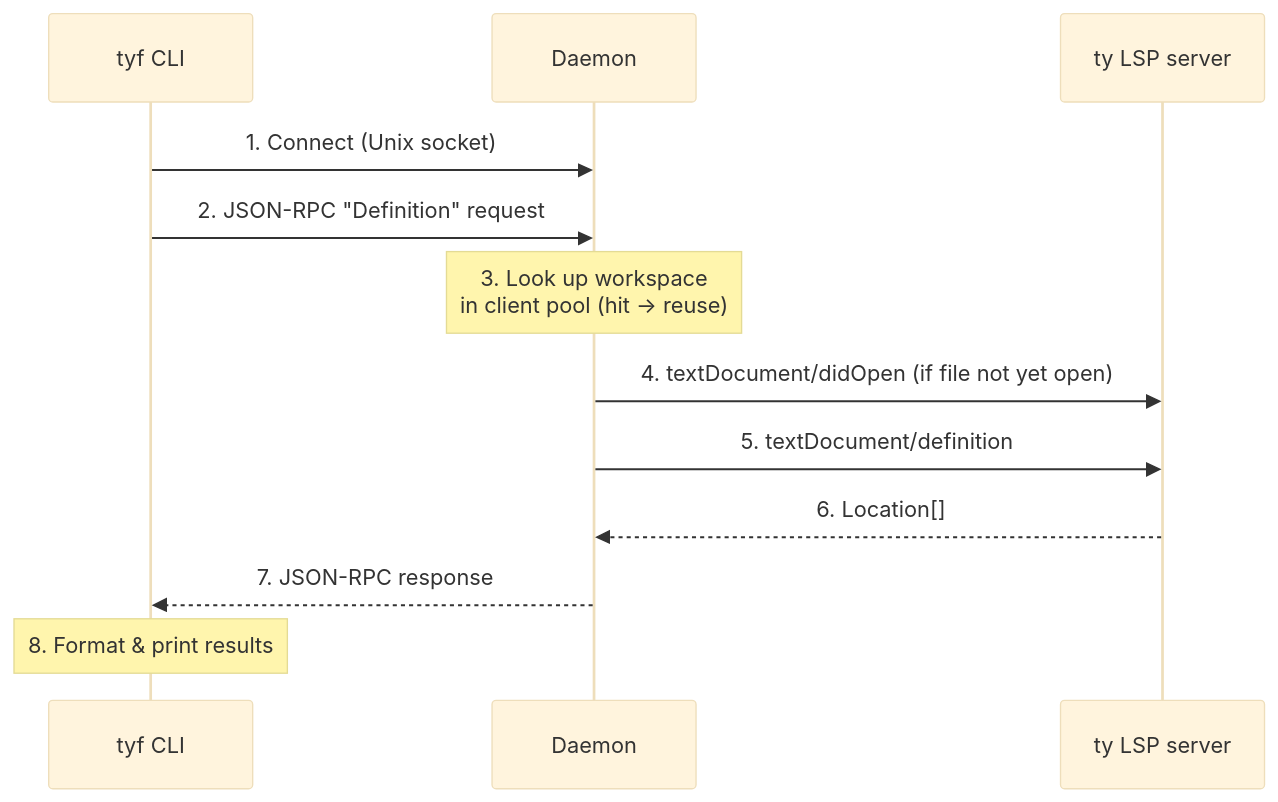
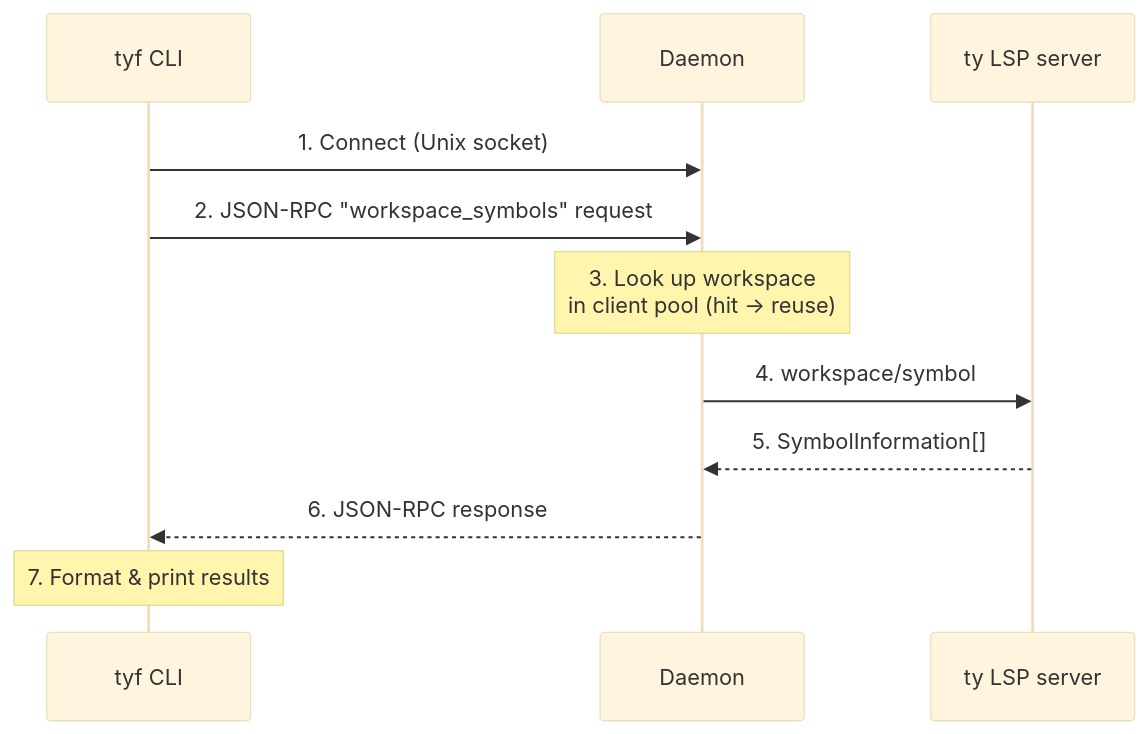
Before and after one commit to mojzis/ty-find: the second of 12 diagrams in docs/src/how-it-works.md, drawn with Mermaid (base theme). The commit also changed other lines of this file and 2 other files, not shown here.

````diff
--- a/docs/src/how-it-works.md
+++ b/docs/src/how-it-works.md
@@ -52,19 +52,18 @@
 ```mermaid
 sequenceDiagram
     participant CLI as tyf CLI
     participant D as Daemon
     participant LSP as ty LSP server
 
     CLI->>D: 1. Connect (Unix socket)
-    CLI->>D: 2. JSON-RPC "Definition" request
+    CLI->>D: 2. JSON-RPC "workspace_symbols" request
 
     Note over D: 3. Look up workspace<br/>in client pool (hit → reuse)
 
-    D->>LSP: 4. textDocument/didOpen (if file not yet open)
-    D->>LSP: 5. textDocument/definition
-    LSP-->>D: 6. Location[]
+    D->>LSP: 4. workspace/symbol
+    LSP-->>D: 5. SymbolInformation[]
 
-    D-->>CLI: 7. JSON-RPC response
+    D-->>CLI: 6. JSON-RPC response
 
-    Note over CLI: 8. Format & print results
+    Note over CLI: 7. Format & print results
 ```
````
